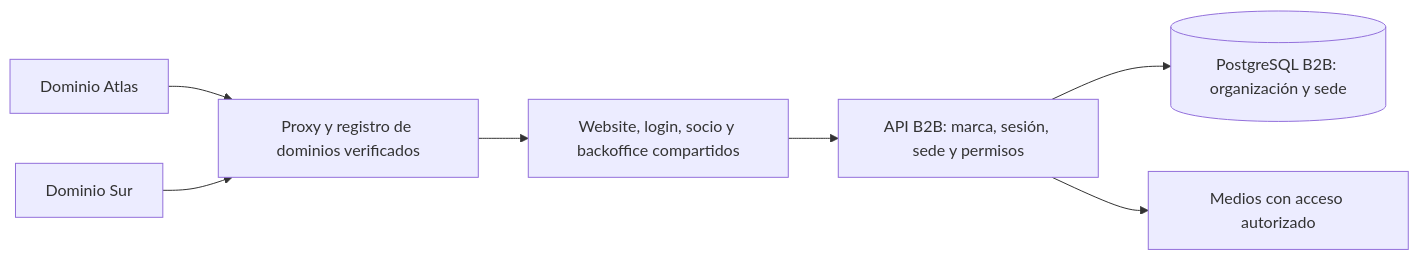
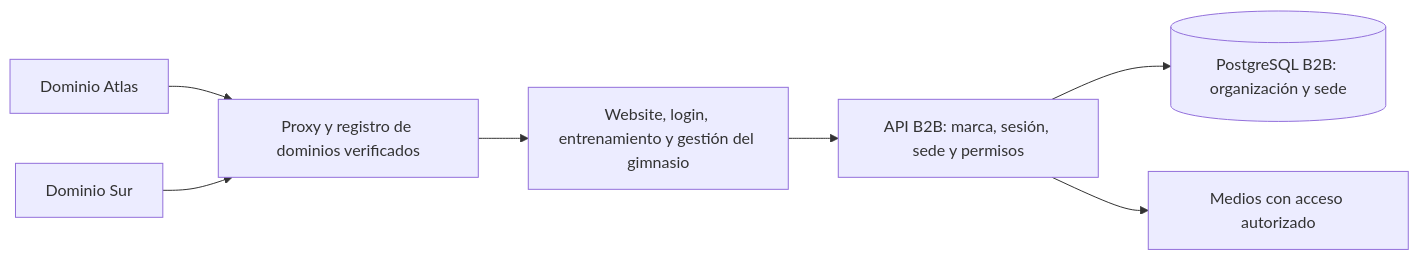
The first of 2 diagrams in docs/architecture.md (pablitxn/klisteniapp), drawn with Mermaid before and after one commit. The commit also changed other lines of this file and 463 other files, not shown here.

````diff
--- a/docs/architecture.md
+++ b/docs/architecture.md
@@ -69,9 +89,9 @@
 ```mermaid
 flowchart LR
   Atlas["Dominio Atlas"] --> Proxy["Proxy y registro de dominios verificados"]
   Sur["Dominio Sur"] --> Proxy
-  Proxy --> App["Website, login, socio y backoffice compartidos"]
+  Proxy --> App["Website, login, entrenamiento y gestión del gimnasio"]
   App --> API["API B2B: marca, sesión, sede y permisos"]
   API --> DB[("PostgreSQL B2B: organización y sede")]
   API --> Media["Medios con acceso autorizado"]
 ```
````
